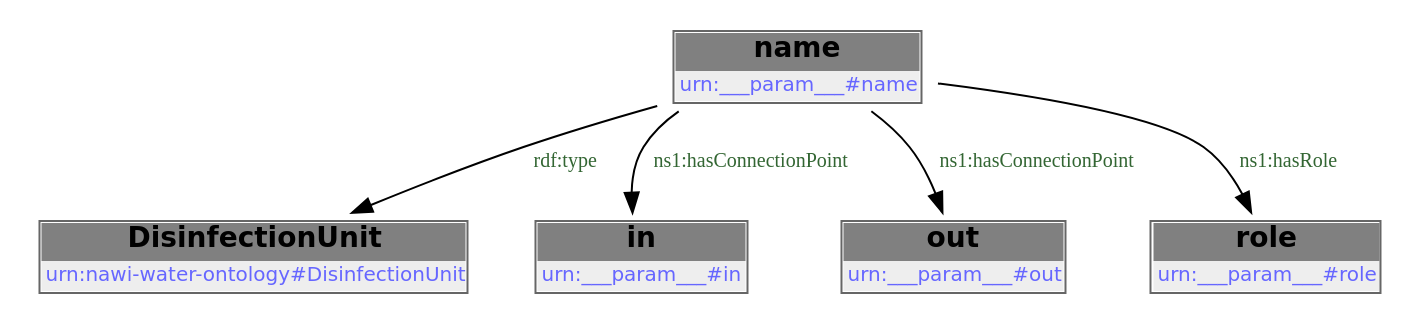
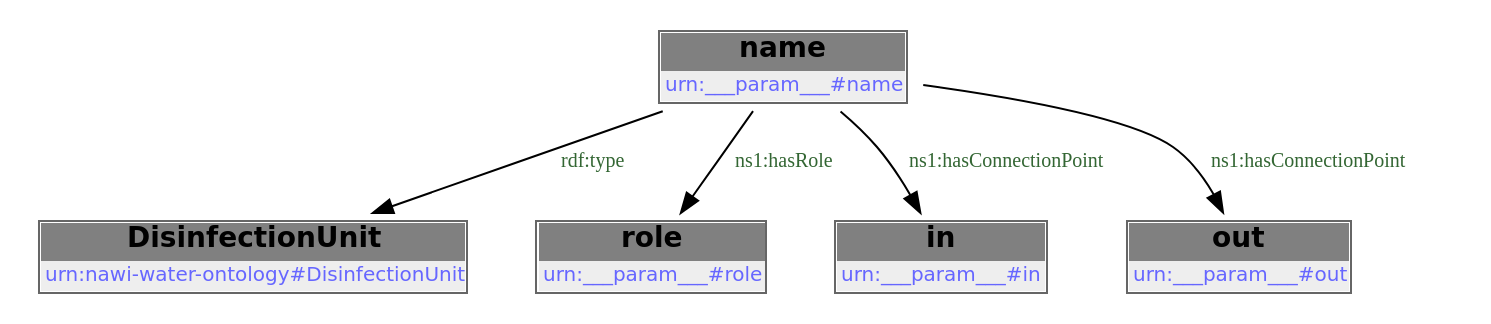
Before and after one commit to DataDrivenCPS/water-ontology: the first of 2 diagrams in docs/libraries/templates/contact-chamber.rst, drawn with Graphviz. The commit also changed other lines of this file and 33 other files, not shown here.

```diff
--- a/docs/libraries/templates/contact-chamber.rst
+++ b/docs/libraries/templates/contact-chamber.rst
@@ -78,14 +78,14 @@
         .. graphviz::
 
                 digraph G {
             node [fontname="DejaVu Sans"];
             node0 -> node1 [color=BLACK, label=< <font point-size='10' color='#336633'>rdf:type</font> >];
-            node0 -> node2 [color=BLACK, label=< <font point-size='10' color='#336633'>ns1:hasConnectionPoint</font> >];
+            node0 -> node2 [color=BLACK, label=< <font point-size='10' color='#336633'>ns1:hasRole</font> >];
             node0 -> node3 [color=BLACK, label=< <font point-size='10' color='#336633'>ns1:hasConnectionPoint</font> >];
-            node0 -> node4 [color=BLACK, label=< <font point-size='10' color='#336633'>ns1:hasRole</font> >];
+            node0 -> node4 [color=BLACK, label=< <font point-size='10' color='#336633'>ns1:hasConnectionPoint</font> >];
             node0 [shape=none, color=black, label=< <table color='#666666' cellborder='0' cellspacing='0' border='1'><tr><td colspan='2' bgcolor='grey'><B>name</B></td></tr><tr><td href='urn:___param___#name' bgcolor='#eeeeee' colspan='2'><font point-size='10' color='#6666ff'>urn:___param___#name</font></td></tr></table> >];
             node1 [shape=none, color=black, label=< <table color='#666666' cellborder='0' cellspacing='0' border='1'><tr><td colspan='2' bgcolor='grey'><B>DisinfectionUnit</B></td></tr><tr><td href='urn:nawi-water-ontology#DisinfectionUnit' bgcolor='#eeeeee' colspan='2'><font point-size='10' color='#6666ff'>urn:nawi-water-ontology#DisinfectionUnit</font></td></tr></table> >];
-            node2 [shape=none, color=black, label=< <table color='#666666' cellborder='0' cellspacing='0' border='1'><tr><td colspan='2' bgcolor='grey'><B>in</B></td></tr><tr><td href='urn:___param___#in' bgcolor='#eeeeee' colspan='2'><font point-size='10' color='#6666ff'>urn:___param___#in</font></td></tr></table> >];
-            node3 [shape=none, color=black, label=< <table color='#666666' cellborder='0' cellspacing='0' border='1'><tr><td colspan='2' bgcolor='grey'><B>out</B></td></tr><tr><td href='urn:___param___#out' bgcolor='#eeeeee' colspan='2'><font point-size='10' color='#6666ff'>urn:___param___#out</font></td></tr></table> >];
-            node4 [shape=none, color=black, label=< <table color='#666666' cellborder='0' cellspacing='0' border='1'><tr><td colspan='2' bgcolor='grey'><B>role</B></td></tr><tr><td href='urn:___param___#role' bgcolor='#eeeeee' colspan='2'><font point-size='10' color='#6666ff'>urn:___param___#role</font></td></tr></table> >];
+            node2 [shape=none, color=black, label=< <table color='#666666' cellborder='0' cellspacing='0' border='1'><tr><td colspan='2' bgcolor='grey'><B>role</B></td></tr><tr><td href='urn:___param___#role' bgcolor='#eeeeee' colspan='2'><font point-size='10' color='#6666ff'>urn:___param___#role</font></td></tr></table> >];
+            node3 [shape=none, color=black, label=< <table color='#666666' cellborder='0' cellspacing='0' border='1'><tr><td colspan='2' bgcolor='grey'><B>in</B></td></tr><tr><td href='urn:___param___#in' bgcolor='#eeeeee' colspan='2'><font point-size='10' color='#6666ff'>urn:___param___#in</font></td></tr></table> >];
+            node4 [shape=none, color=black, label=< <table color='#666666' cellborder='0' cellspacing='0' border='1'><tr><td colspan='2' bgcolor='grey'><B>out</B></td></tr><tr><td href='urn:___param___#out' bgcolor='#eeeeee' colspan='2'><font point-size='10' color='#6666ff'>urn:___param___#out</font></td></tr></table> >];
             }
```
